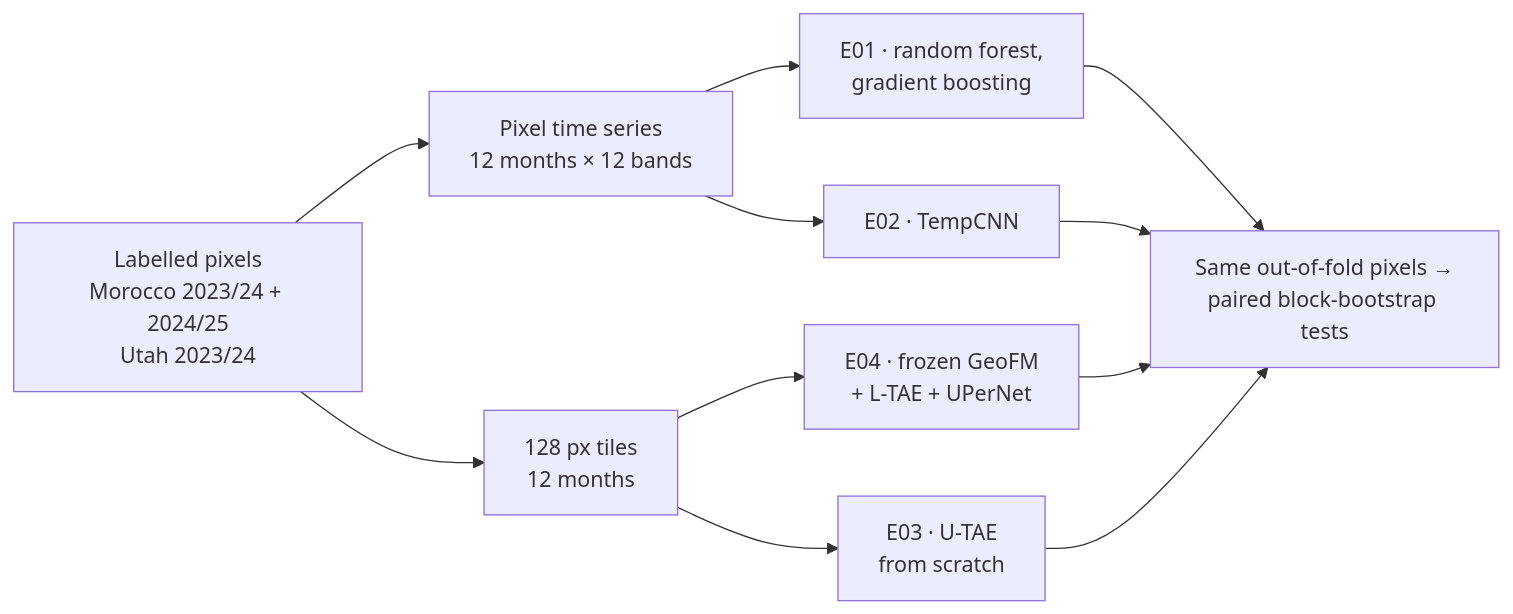
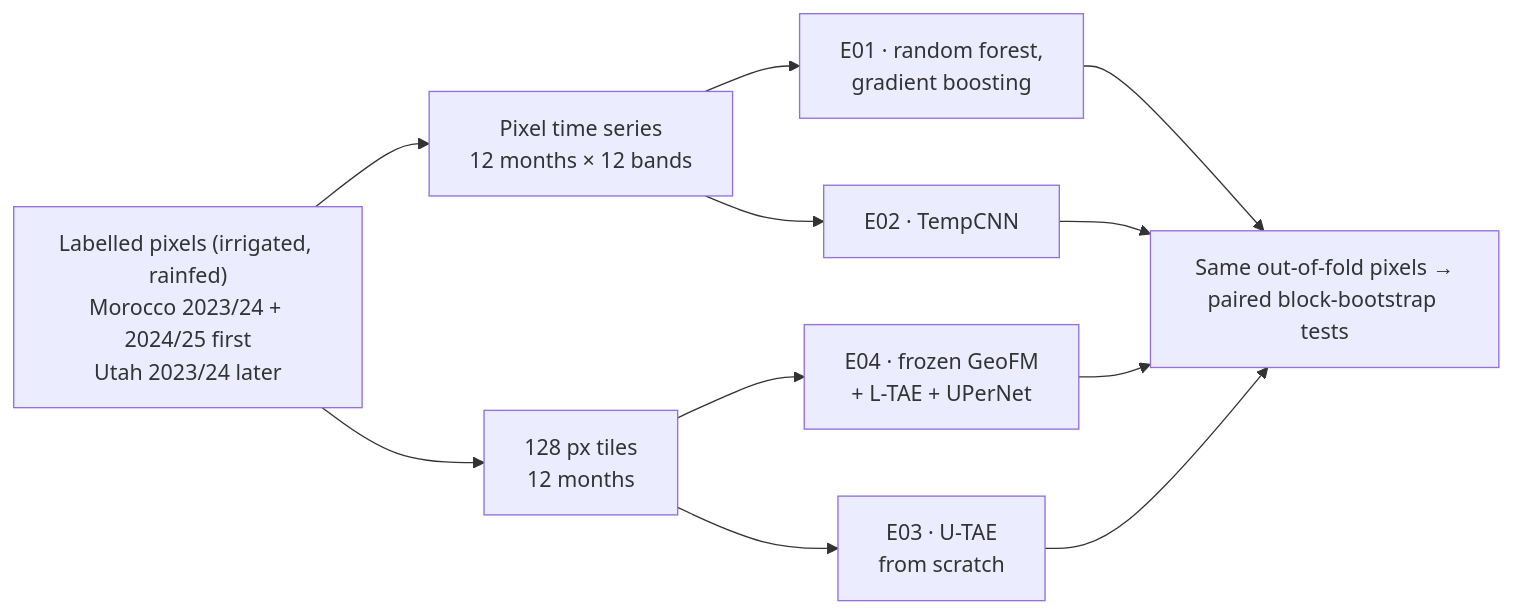
The diagram in docs/phase2_models/experiment_plan.md (amanchry/irrimapping-geofm), drawn with Mermaid before and after one commit. The commit also changed other lines of this file and 179 other files, not shown here.

First line of the commit message:
Redesign experiments: two classes (irrigated, rainfed), no cropland mask, Morocco first

````diff
--- a/docs/phase2_models/experiment_plan.md
+++ b/docs/phase2_models/experiment_plan.md
@@ -17,13 +18,13 @@
 ```mermaid
 flowchart LR
-    S["Labelled pixels<br/>Morocco 2023/24 + 2024/25<br/>Utah 2023/24"] --> P["Pixel time series<br/>12 months × 12 bands"]
+    S["Labelled pixels (irrigated, rainfed)<br/>Morocco 2023/24 + 2024/25 first<br/>Utah 2023/24 later"] --> P["Pixel time series<br/>12 months × 12 bands"]
     S --> T["128 px tiles<br/>12 months"]
     P --> E01["E01 · random forest,<br/>gradient boosting"]
     P --> E02["E02 · TempCNN"]
     T --> E03["E03 · U-TAE<br/>from scratch"]
     T --> E04["E04 · frozen GeoFM<br/>+ L-TAE + UPerNet"]
     E01 --> C["Same out-of-fold pixels →<br/>paired block-bootstrap tests"]
     E02 --> C
     E04 --> C
     E03 --> C
 ```
````
